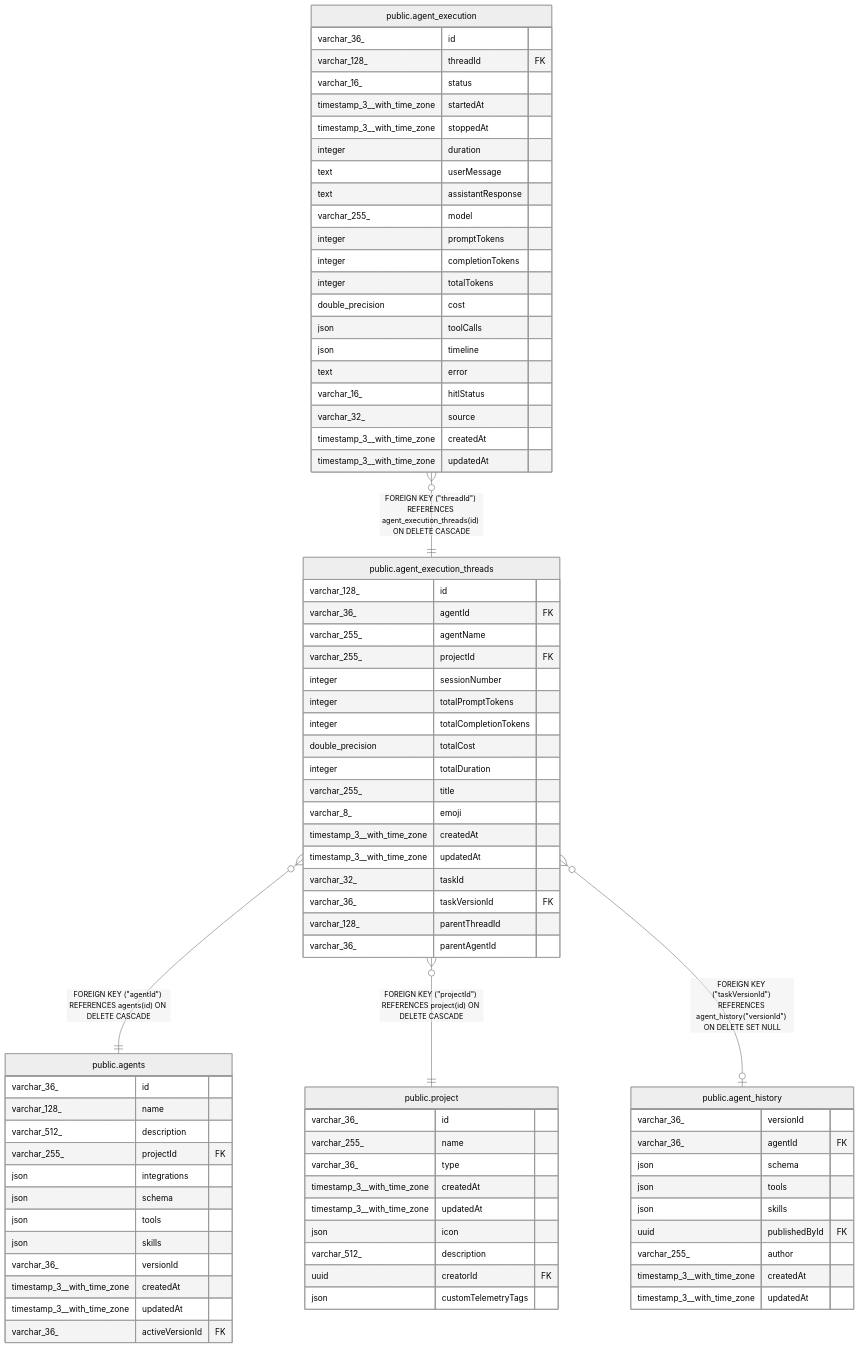
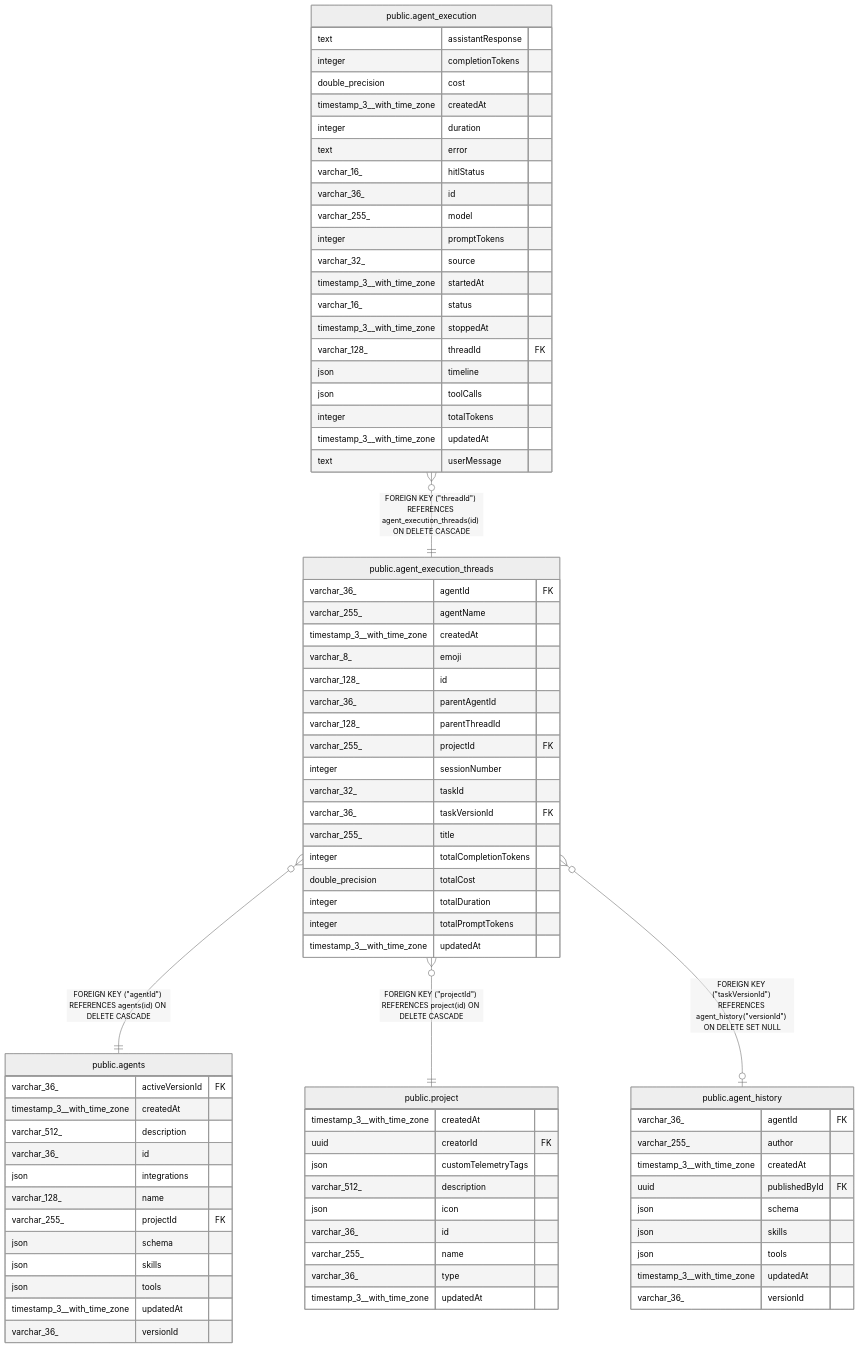
Before and after one commit to mayankjain1815-commits/n8n: the diagram in docs/generated/postgres-schema/public.agent_execution_threads.md, drawn with Mermaid (neutral theme). The commit also changed other lines of this file and 221 other files, not shown here.

Commit message:
chore(core): Make DB schema docs generation deterministic (#32373)

````diff
--- a/docs/generated/postgres-schema/public.agent_execution_threads.md
+++ b/docs/generated/postgres-schema/public.agent_execution_threads.md
@@ -56,86 +56,86 @@
 ```mermaid
 erDiagram
 
+"public.agent_execution_threads" }o--|| "public.agents" : "FOREIGN KEY (#quot;agentId#quot;) REFERENCES agents(id) ON DELETE CASCADE"
 "public.agent_execution" }o--|| "public.agent_execution_threads" : "FOREIGN KEY (#quot;threadId#quot;) REFERENCES agent_execution_threads(id) ON DELETE CASCADE"
-"public.agent_execution_threads" }o--|| "public.agents" : "FOREIGN KEY (#quot;agentId#quot;) REFERENCES agents(id) ON DELETE CASCADE"
 "public.agent_execution_threads" }o--|| "public.project" : "FOREIGN KEY (#quot;projectId#quot;) REFERENCES project(id) ON DELETE CASCADE"
 "public.agent_execution_threads" }o--o| "public.agent_history" : "FOREIGN KEY (#quot;taskVersionId#quot;) REFERENCES agent_history(#quot;versionId#quot;) ON DELETE SET NULL"
 
 "public.agent_execution_threads" {
-  varchar_128_ id
   varchar_36_ agentId FK
   varchar_255_ agentName
+  timestamp_3__with_time_zone createdAt
+  varchar_8_ emoji
+  varchar_128_ id
+  varchar_36_ parentAgentId
+  varchar_128_ parentThreadId
   varchar_255_ projectId FK
   integer sessionNumber
-  integer totalPromptTokens
+  varchar_32_ taskId
+  varchar_36_ taskVersionId FK
+  varchar_255_ title
   integer totalCompletionTokens
   double_precision totalCost
   integer totalDuration
-  varchar_255_ title
-  varchar_8_ emoji
-  timestamp_3__with_time_zone createdAt
-  timestamp_3__with_time_zone updatedAt
-  varchar_32_ taskId
-  varchar_36_ taskVersionId FK
-  varchar_128_ parentThreadId
-  varchar_36_ parentAgentId
-}
-"public.agent_execution" {
-  varchar_36_ id
-  varchar_128_ threadId FK
-  varchar_16_ status
-  timestamp_3__with_time_zone startedAt
-  timestamp_3__with_time_zone stoppedAt
-  integer duration
-  text userMessage
-  text assistantResponse
-  varchar_255_ model
-  integer promptTokens
-  integer completionTokens
-  integer totalTokens
-  double_precision cost
-  json toolCalls
-  json timeline
-  text error
-  varchar_16_ hitlStatus
-  varchar_32_ source
-  timestamp_3__with_time_zone createdAt
+  integer totalPromptTokens
   timestamp_3__with_time_zone updatedAt
 }
 "public.agents" {
+  varchar_36_ activeVersionId FK
+  timestamp_3__with_time_zone createdAt
+  varchar_512_ description
   varchar_36_ id
+  json integrations
   varchar_128_ name
-  varchar_512_ description
   varchar_255_ projectId FK
-  json integrations
   json schema
+  json skills
   json tools
-  json skills
+  timestamp_3__with_time_zone updatedAt
   varchar_36_ versionId
+}
+"public.agent_execution" {
+  text assistantResponse
+  integer completionTokens
+  double_precision cost
   timestamp_3__with_time_zone createdAt
+  integer duration
+  text error
+  varchar_16_ hitlStatus
+  varchar_36_ id
+  varchar_255_ model
+  integer promptTokens
+  varchar_32_ source
+  timestamp_3__with_time_zone startedAt
+  varchar_16_ status
+  timestamp_3__with_time_zone stoppedAt
+  varchar_128_ threadId FK
+  json timeline
+  json toolCalls
+  integer totalTokens
   timestamp_3__with_time_zone updatedAt
-  varchar_36_ activeVersionId FK
+  text userMessage
 }
 "public.project" {
+  timestamp_3__with_time_zone createdAt
+  uuid creatorId FK
+  json customTelemetryTags
+  varchar_512_ description
+  json icon
   varchar_36_ id
   varchar_255_ name
   varchar_36_ type
-  timestamp_3__with_time_zone createdAt
   timestamp_3__with_time_zone updatedAt
-  json icon
-  varchar_512_ description
-  uuid creatorId FK
-  json customTelemetryTags
 }
 "public.agent_history" {
-  varchar_36_ versionId
   varchar_36_ agentId FK
-  json schema
-  json tools
-  json skills
-  uuid publishedById FK
   varchar_255_ author
   timestamp_3__with_time_zone createdAt
+  uuid publishedById FK
+  json schema
+  json skills
+  json tools
   timestamp_3__with_time_zone updatedAt
+  varchar_36_ versionId
 }
 ```
````
